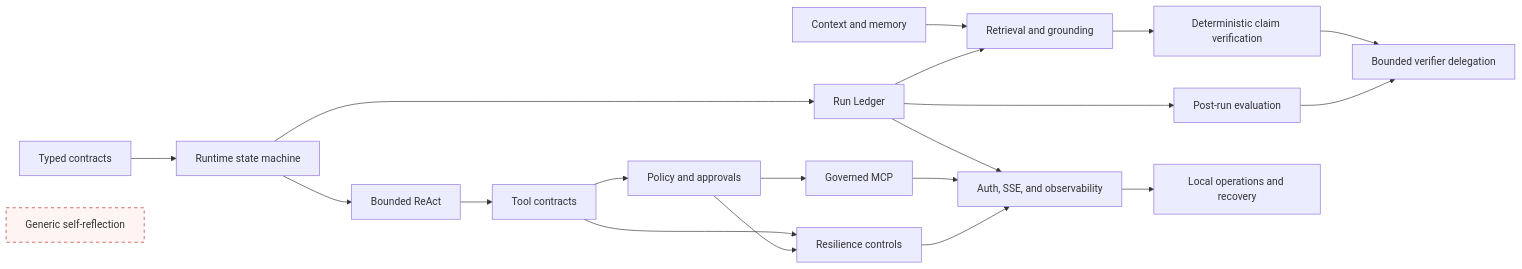
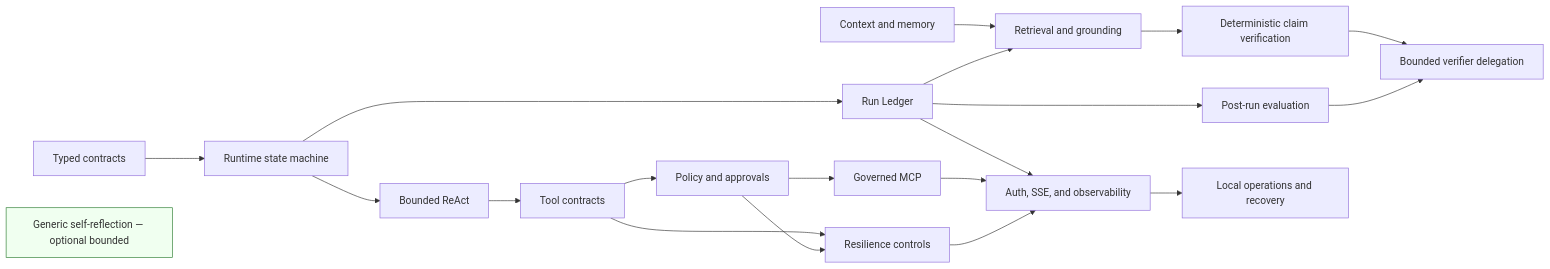
The second of 2 diagrams in docs/course/concept-map.md (levalencia/archon), drawn with Mermaid before and after one commit. The commit also changed other lines of this file and 15 other files, not shown here.

````diff
--- a/docs/course/concept-map.md
+++ b/docs/course/concept-map.md
@@ -109,26 +109,26 @@
 ```mermaid
 flowchart LR
     Contracts[Typed contracts] --> Runtime[Runtime state machine]
     Runtime --> ReAct[Bounded ReAct]
     ReAct --> Tools[Tool contracts]
     Tools --> Governance[Policy and approvals]
 
     Context[Context and memory] --> Grounding[Retrieval and grounding]
     Runtime --> Ledger[Run Ledger]
     Ledger --> Grounding
     Grounding --> Deterministic[Deterministic claim verification]
     Ledger --> Evaluation[Post-run evaluation]
     Deterministic --> Verifier[Bounded verifier delegation]
     Evaluation --> Verifier
 
     Governance --> MCP[Governed MCP]
     Tools --> Resilience[Resilience controls]
     Governance --> Resilience
     Ledger --> Observability[Auth, SSE, and observability]
     MCP --> Observability
     Resilience --> Observability
     Observability --> Operations[Local operations and recovery]
 
-    Reflection[Generic self-reflection]:::absent
-    classDef absent fill:#fff4f4,stroke:#b42318,stroke-dasharray: 5 5
+    Reflection[Generic self-reflection — optional bounded]:::implemented
+    classDef implemented fill:#f0fff0,stroke:#2e7d32
 ```
````
